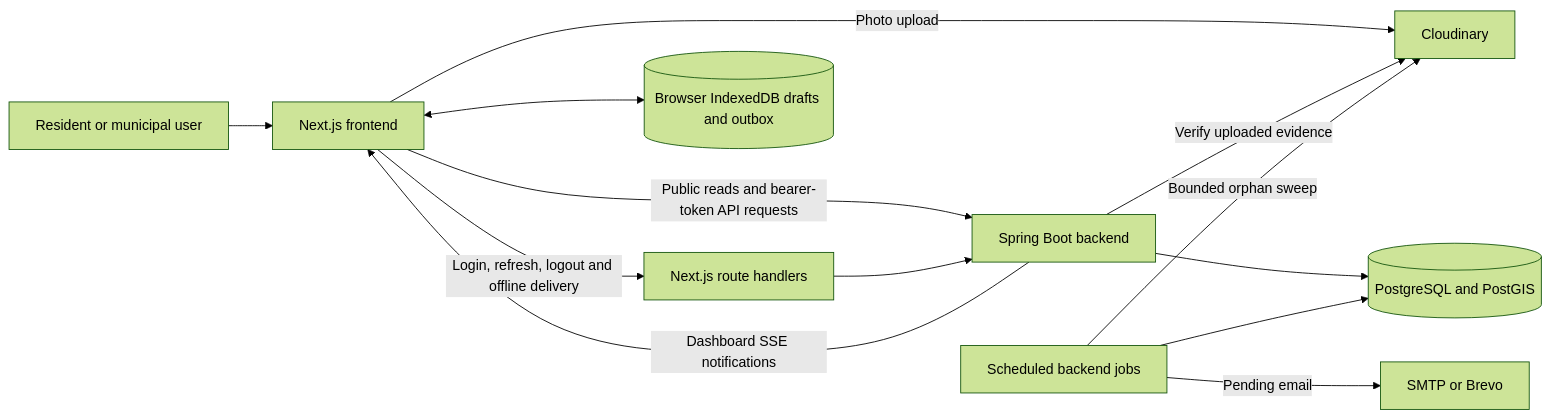
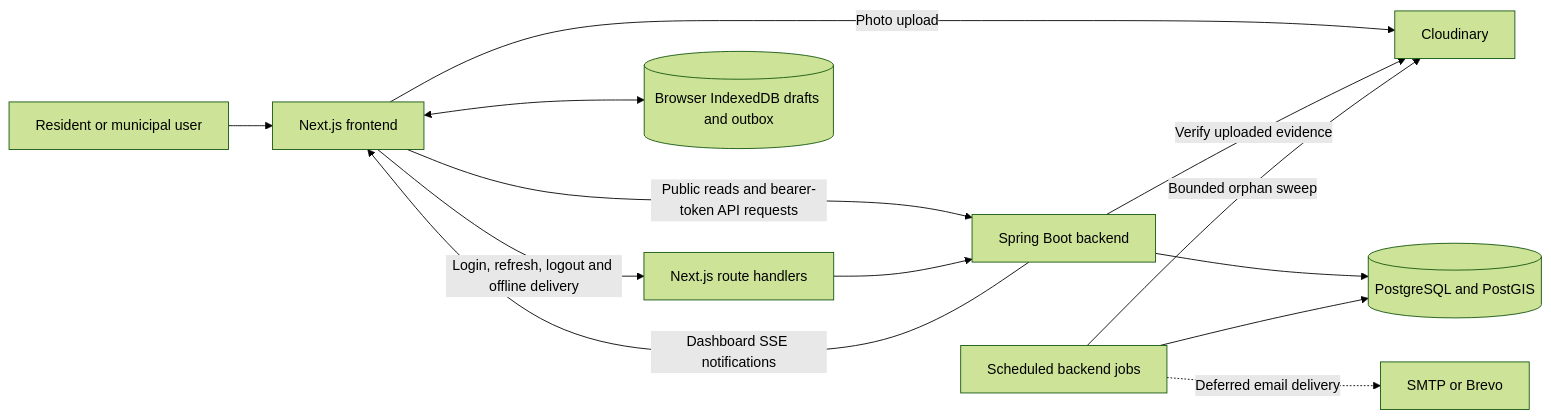
Before and after one commit to vanshnanda08/NagrikSetu: the first of 4 diagrams in PROJECT_DOCUMENTATION.md, drawn with Mermaid (forest theme). The commit also changed other lines of this file and 30 other files, not shown here.

````diff
--- a/PROJECT_DOCUMENTATION.md
+++ b/PROJECT_DOCUMENTATION.md
@@ -178,15 +81,15 @@
 ```mermaid
 flowchart LR
     Person[Resident or municipal user] --> Web[Next.js frontend]
     Web -->|Public reads and bearer-token API requests| API[Spring Boot backend]
     Web -->|Login, refresh, logout and offline delivery| Proxy[Next.js route handlers]
     Proxy --> API
     Web -->|Photo upload| Photos[Cloudinary]
     API -->|Verify uploaded evidence| Photos
     API --> DB[(PostgreSQL and PostGIS)]
     Jobs[Scheduled backend jobs] --> DB
-    Jobs -->|Pending email| Mail[SMTP or Brevo]
+    Jobs -.->|Deferred email delivery| Mail[SMTP or Brevo]
     Jobs -->|Bounded orphan sweep| Photos
     API -->|Dashboard SSE notifications| Web
     Web <--> Local[(Browser IndexedDB drafts and outbox)]
 ```
````
